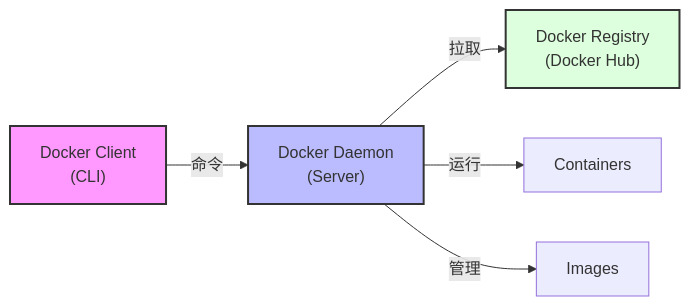
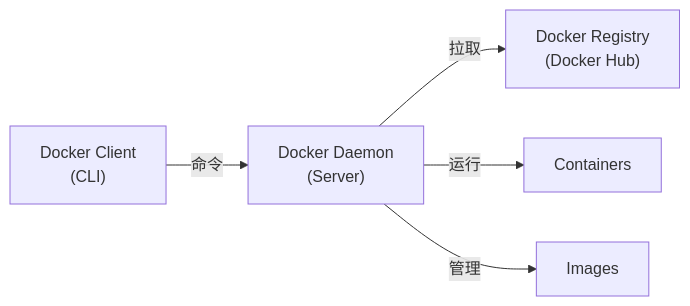
The diagram in docker/01-简介与安装.md (Devliang24/bloghub), drawn with Mermaid before and after one commit. The commit also changed 8 other files, not shown here.

Commit message:
🎨 移除 Mermaid 流程图的节点颜色样式

````diff
--- a/docker/01-简介与安装.md
+++ b/docker/01-简介与安装.md
@@ -14,11 +14,8 @@
 ```mermaid
 graph LR
     Client["Docker Client<br>(CLI)"] -- 命令 --> Daemon["Docker Daemon<br>(Server)"]
     Daemon -- 拉取 --> Registry["Docker Registry<br>(Docker Hub)"]
     Daemon -- 运行 --> Container[Containers]
     Daemon -- 管理 --> Image[Images]
 
-    style Client fill:#f9f,stroke:#333,stroke-width:2px
-    style Daemon fill:#bbf,stroke:#333,stroke-width:2px
-    style Registry fill:#dfd,stroke:#333,stroke-width:2px
 ```
````
